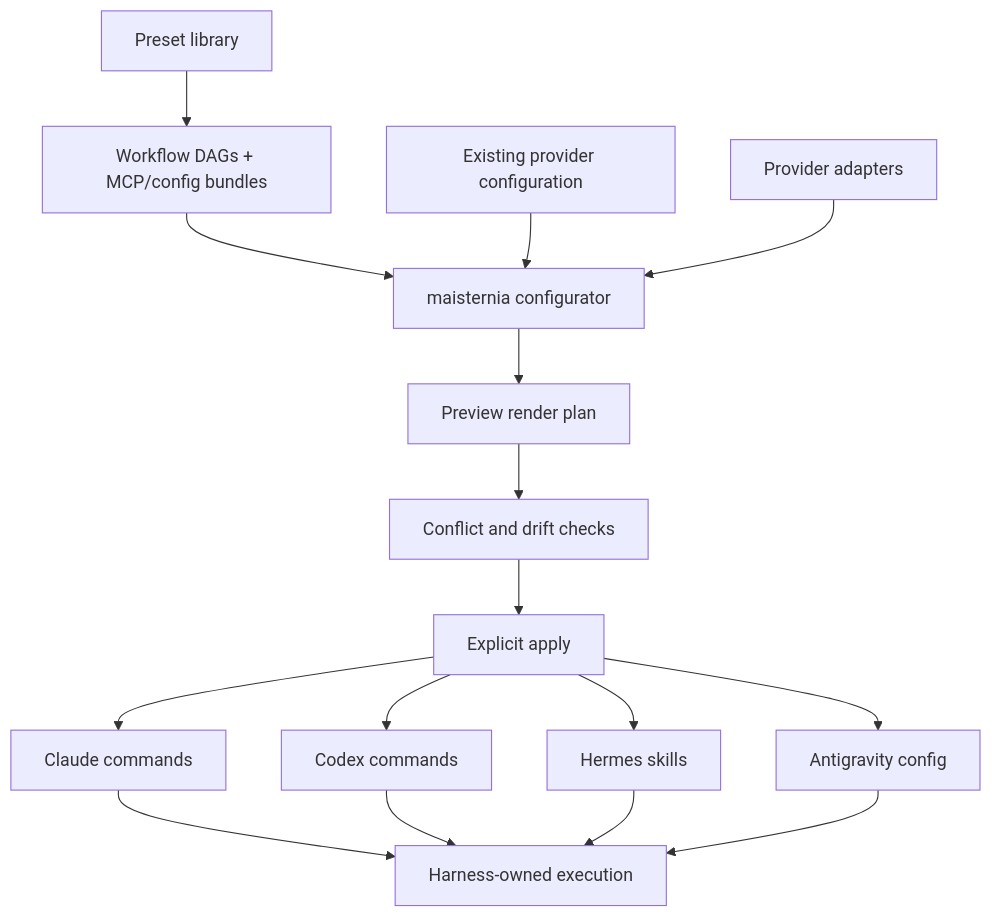
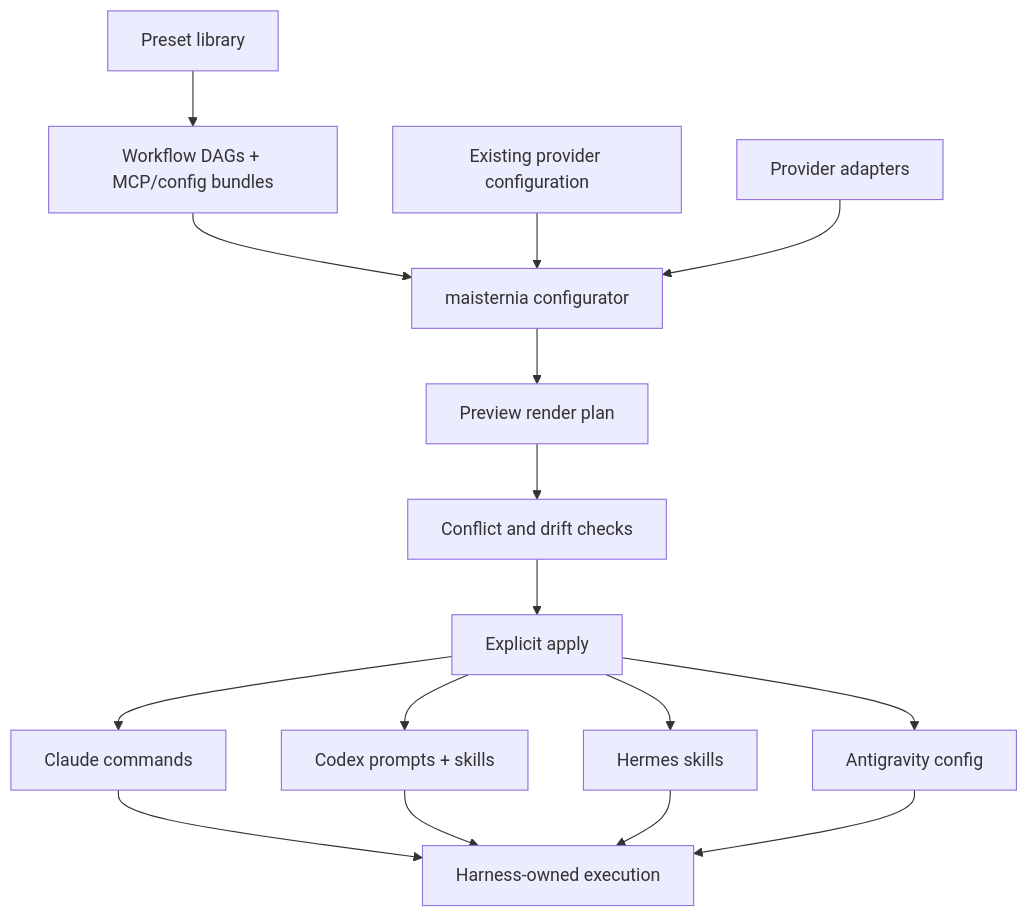
One commit to riidii-md/agentnyk-maisternia changed the diagram in docs/WORKFLOW.md. Above: the diagram before and after it, drawn with Mermaid. The commit also changed other lines of this file and 40 other files, not shown here.

````diff
--- a/docs/WORKFLOW.md
+++ b/docs/WORKFLOW.md
@@ -301,18 +313,18 @@
 ```mermaid
 flowchart TD
     L[Preset library] --> D[Workflow DAGs + MCP/config bundles]
     D --> C[maisternia configurator]
     E[Existing provider configuration] --> C
     A[Provider adapters] --> C
     C --> P[Preview render plan]
     P --> X[Conflict and drift checks]
     X --> I[Explicit apply]
     I --> CC[Claude commands]
-    I --> CX[Codex commands]
+    I --> CX[Codex prompts + skills]
     I --> H[Hermes skills]
     I --> AGY[Antigravity config]
     CC --> R[Harness-owned execution]
     CX --> R
     H --> R
     AGY --> R
 ```
````
